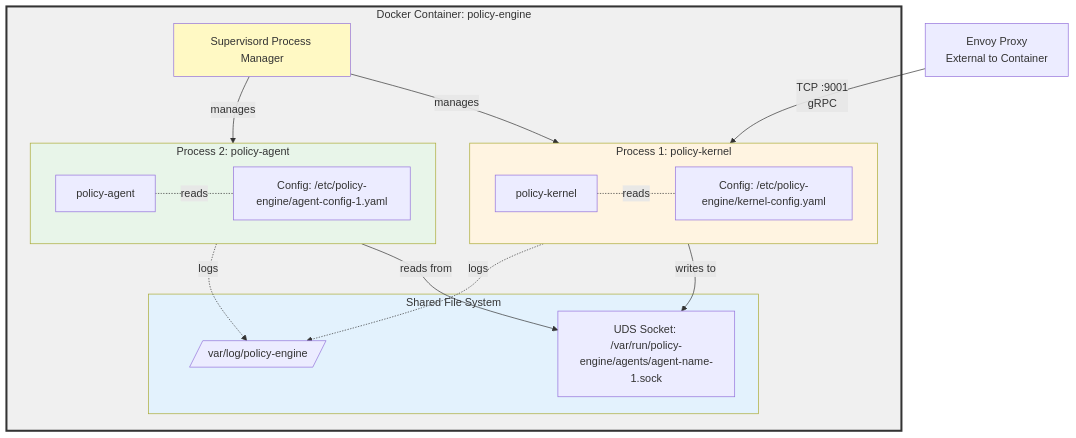
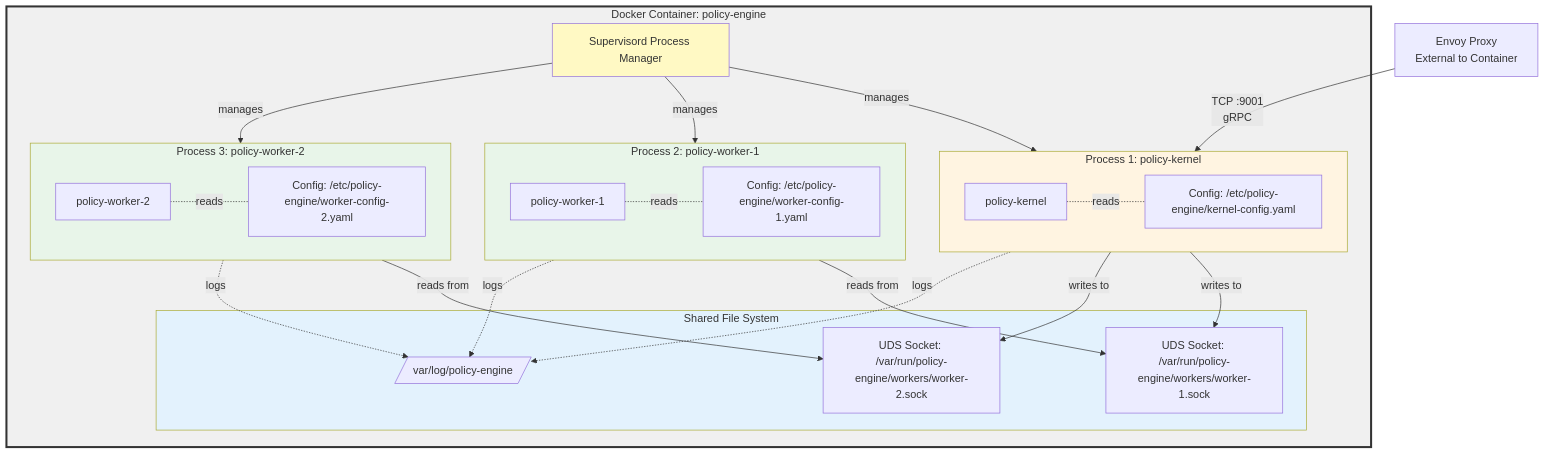
One commit to renuka-fernando/envoy-policy-engine changed the second of 4 diagrams in Spec.md. Above: the diagram before and after it, drawn with Mermaid. The commit also changed other lines of this file and 5 other files, not shown here.

Commit message:
Rename agent to worker

````diff
--- a/Spec.md
+++ b/Spec.md
@@ -71,39 +93,51 @@
 ```mermaid
 graph TB
     subgraph DockerContainer["Docker Container: policy-engine"]
         Supervisor[Supervisord Process Manager]
 
         subgraph Process1["Process 1: policy-kernel"]
             KernelBinary[policy-kernel]
             KernelConfig[Config: /etc/policy-engine/kernel-config.yaml]
             KernelBinary -.reads.- KernelConfig
         end
 
-        subgraph Process2["Process 2: policy-agent"]
-            AgentBinary[policy-agent]
-            AgentConfig[Config: /etc/policy-engine/agent-config-1.yaml]
-            AgentBinary -.reads.- AgentConfig
+        subgraph Process2["Process 2: policy-worker-1"]
+            Worker1Binary[policy-worker-1]
+            Worker1Config[Config: /etc/policy-engine/worker-config-1.yaml]
+            Worker1Binary -.reads.- Worker1Config
+        end
+
+        subgraph Process3["Process 3: policy-worker-2"]
+            Worker2Binary[policy-worker-2]
+            Worker2Config[Config: /etc/policy-engine/worker-config-2.yaml]
+            Worker2Binary -.reads.- Worker2Config
         end
 
         subgraph FileSystem["Shared File System"]
-            UDSSocket[UDS Socket: /var/run/policy-engine/agents/agent-name-1.sock]
+            UDSSocket1[UDS Socket: /var/run/policy-engine/workers/worker-1.sock]
+            UDSSocket2[UDS Socket: /var/run/policy-engine/workers/worker-2.sock]
             Logs[/var/log/policy-engine/]
         end
 
         Supervisor -->|manages| Process1
         Supervisor -->|manages| Process2
-        Process1 -->|writes to| UDSSocket
-        Process2 -->|reads from| UDSSocket
+        Supervisor -->|manages| Process3
+        Process1 -->|writes to| UDSSocket1
+        Process1 -->|writes to| UDSSocket2
+        Process2 -->|reads from| UDSSocket1
+        Process3 -->|reads from| UDSSocket2
         Process1 -.logs.-> Logs
         Process2 -.logs.-> Logs
+        Process3 -.logs.-> Logs
     end
 
     EnvoyExternal[Envoy Proxy<br/>External to Container]
     EnvoyExternal -->|TCP :9001<br/>gRPC| Process1
 
     style DockerContainer fill:#f0f0f0,stroke:#333,stroke-width:3px
     style Process1 fill:#fff4e1
     style Process2 fill:#e8f5e9
+    style Process3 fill:#e8f5e9
     style FileSystem fill:#e3f2fd
     style Supervisor fill:#fff9c4
 ```
````
